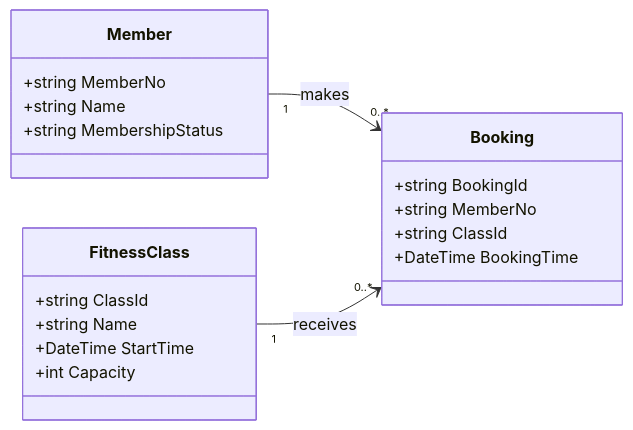
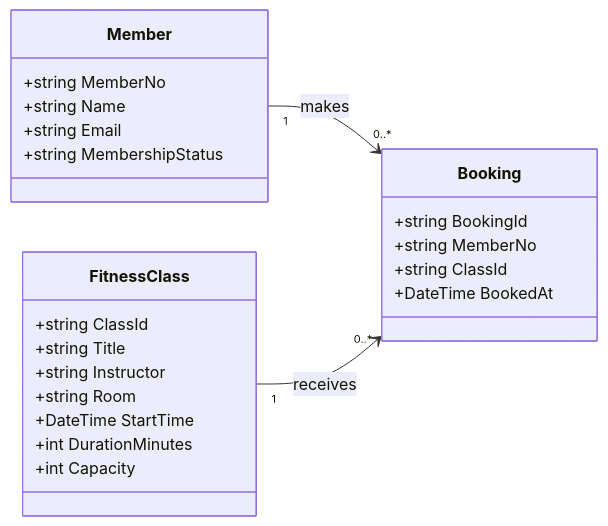
Before and after one commit to jonathanhj123/FitZone: the second of 2 diagrams in README.md, drawn with Mermaid. The commit also changed other lines of this file and 21 other files, not shown here.

````diff
--- a/README.md
+++ b/README.md
@@ -91,23 +134,27 @@
 ```mermaid
 classDiagram
     direction LR
     class Member {
         +string MemberNo
         +string Name
+        +string Email
         +string MembershipStatus
     }
     class FitnessClass {
         +string ClassId
-        +string Name
+        +string Title
+        +string Instructor
+        +string Room
         +DateTime StartTime
+        +int DurationMinutes
         +int Capacity
     }
     class Booking {
         +string BookingId
         +string MemberNo
         +string ClassId
-        +DateTime BookingTime
+        +DateTime BookedAt
     }
     Member "1" --> "0..*" Booking : makes
     FitnessClass "1" --> "0..*" Booking : receives
 ```
````
